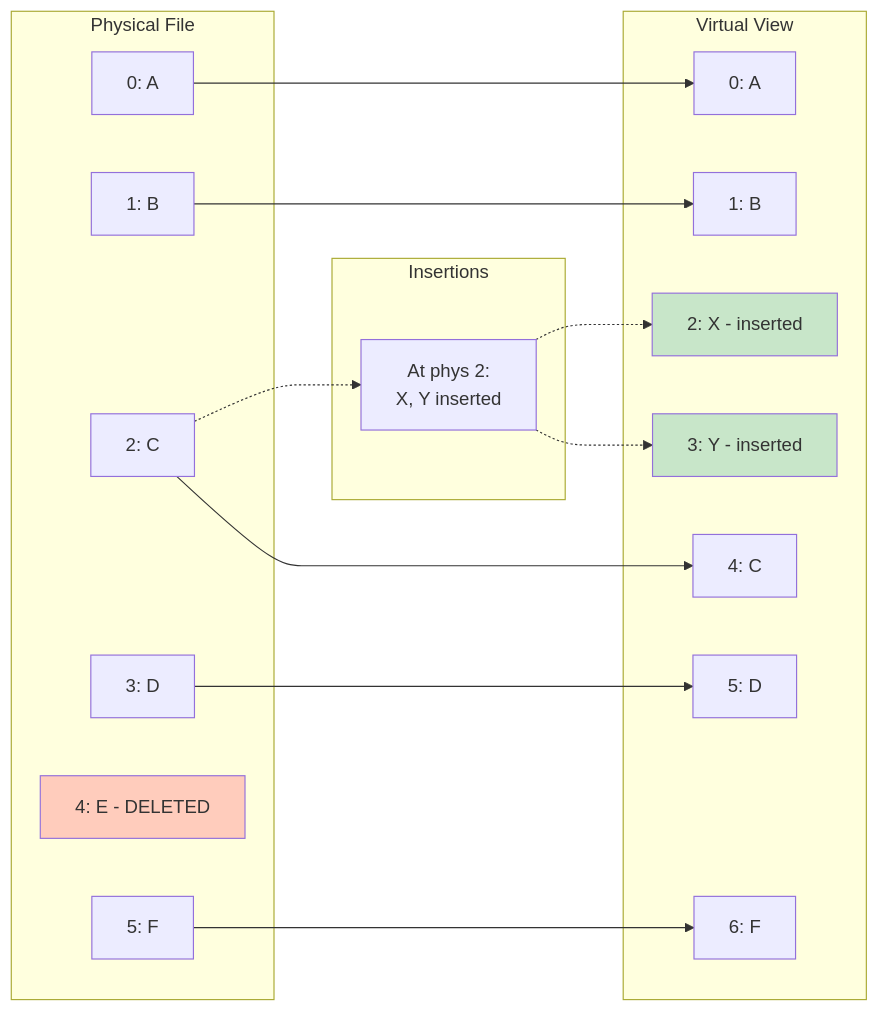
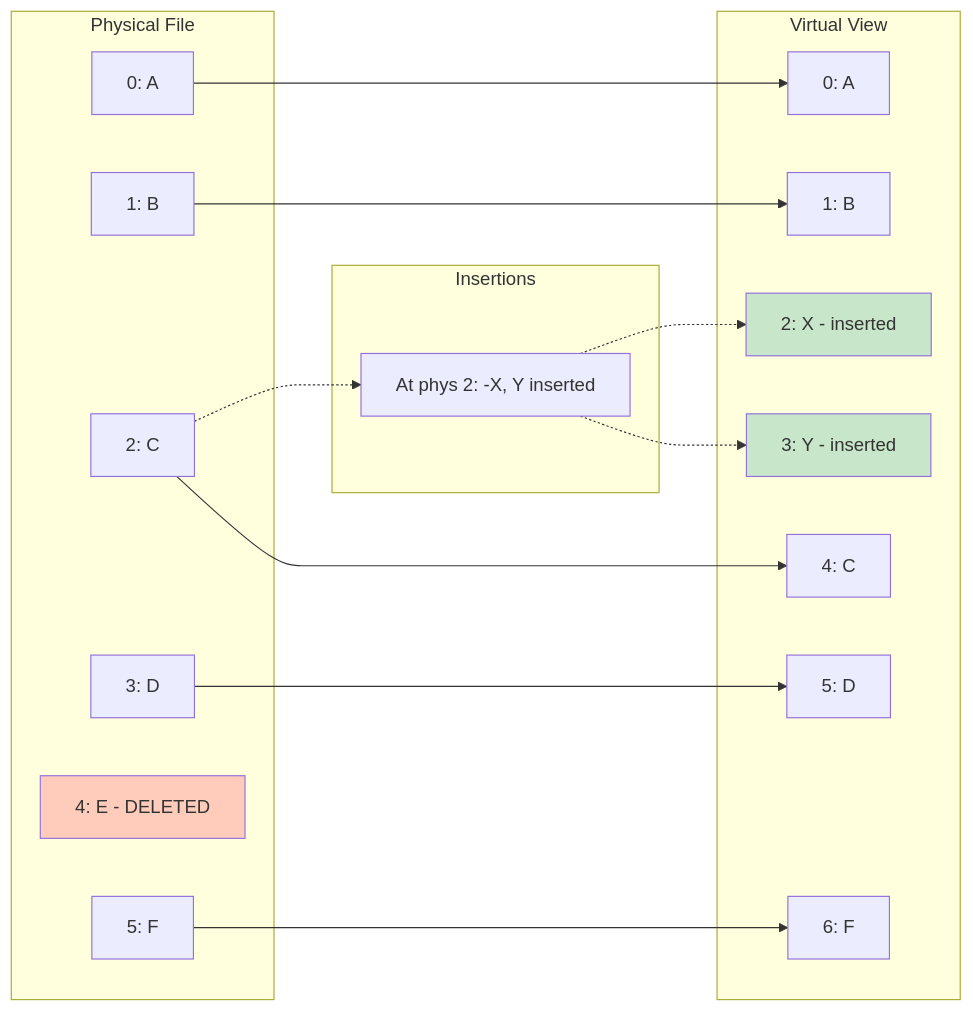
One commit to myd7349/WpfHexEditorControl changed diagram 15 of 24 in ARCHITECTURE_V2.md. Above: the diagram before and after it, drawn with Mermaid. The commit also changed other lines of this file, not shown here.

First line of the commit message:
Fix all remaining Mermaid diagram br tags for GitHub compatibility

````diff
--- a/ARCHITECTURE_V2.md
+++ b/ARCHITECTURE_V2.md
@@ -1089,38 +1089,38 @@
 ```mermaid
 graph LR
     subgraph "Physical File"
         P0[0: A]
         P1[1: B]
         P2[2: C]
         P3[3: D]
         P4[4: E - DELETED]
         P5[5: F]
     end
 
     subgraph "Insertions"
-        I1[At phys 2:<br/>X, Y inserted]
+        I1[At phys 2: -X, Y inserted]
     end
 
     subgraph "Virtual View"
         V0[0: A]
         V1[1: B]
         V2[2: X - inserted]
         V3[3: Y - inserted]
         V4[4: C]
         V5[5: D]
         V6[6: F]
     end
 
     P0 --> V0
     P1 --> V1
     P2 -.-> I1
     I1 -.-> V2
     I1 -.-> V3
     P2 --> V4
     P3 --> V5
     P5 --> V6
 
     style P4 fill:#ffccbc
     style V2 fill:#c8e6c9
     style V3 fill:#c8e6c9
 ```
````
